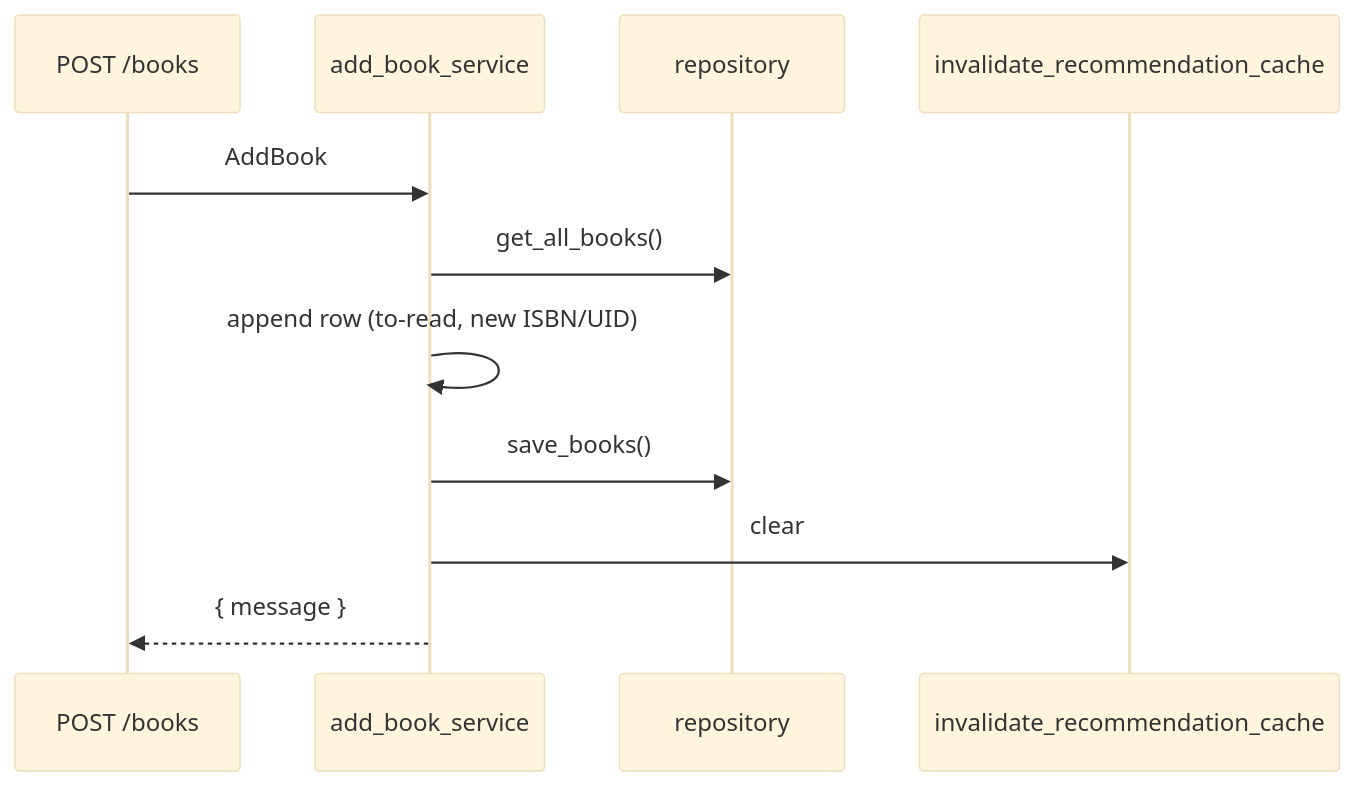
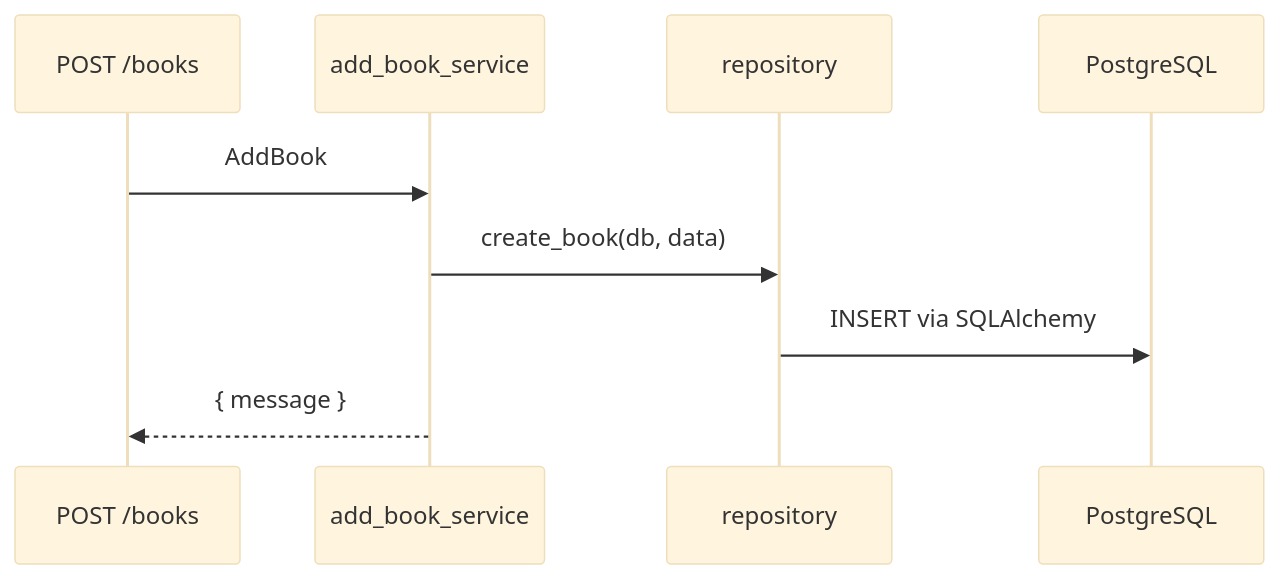
Before and after one commit to tranguyeenn/shelftxt: the first of 4 diagrams in docs/engineering/backend.md, drawn with Mermaid (base theme). The commit also changed other lines of this file and 16 other files, not shown here.

````diff
--- a/docs/engineering/backend.md
+++ b/docs/engineering/backend.md
@@ -85,14 +90,12 @@
 ```mermaid
 sequenceDiagram
   participant R as POST /books
   participant S as add_book_service
   participant Repo as repository
-  participant Cache as invalidate_recommendation_cache
+  participant DB as PostgreSQL
 
   R->>S: AddBook
-  S->>Repo: get_all_books()
-  S->>S: append row (to-read, new ISBN/UID)
-  S->>Repo: save_books()
-  S->>Cache: clear
+  S->>Repo: create_book(db, data)
+  Repo->>DB: INSERT via SQLAlchemy
   S-->>R: { message }
 ```
````
